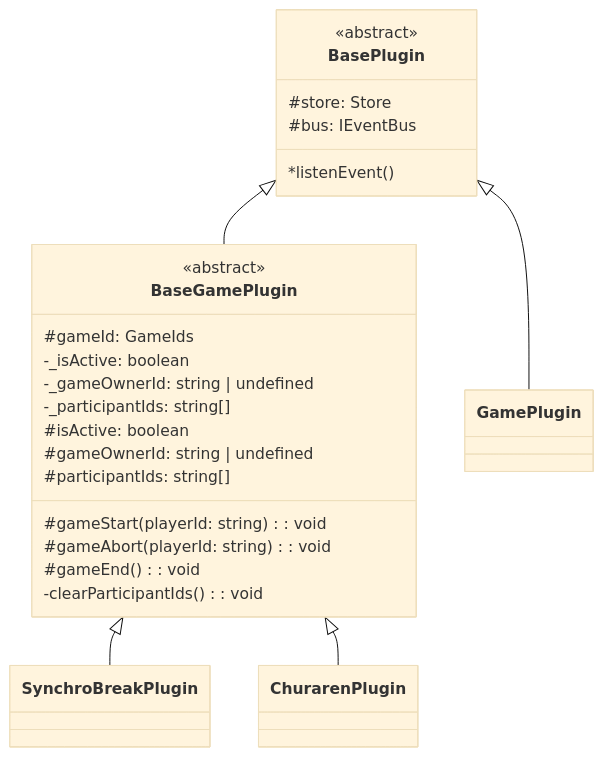
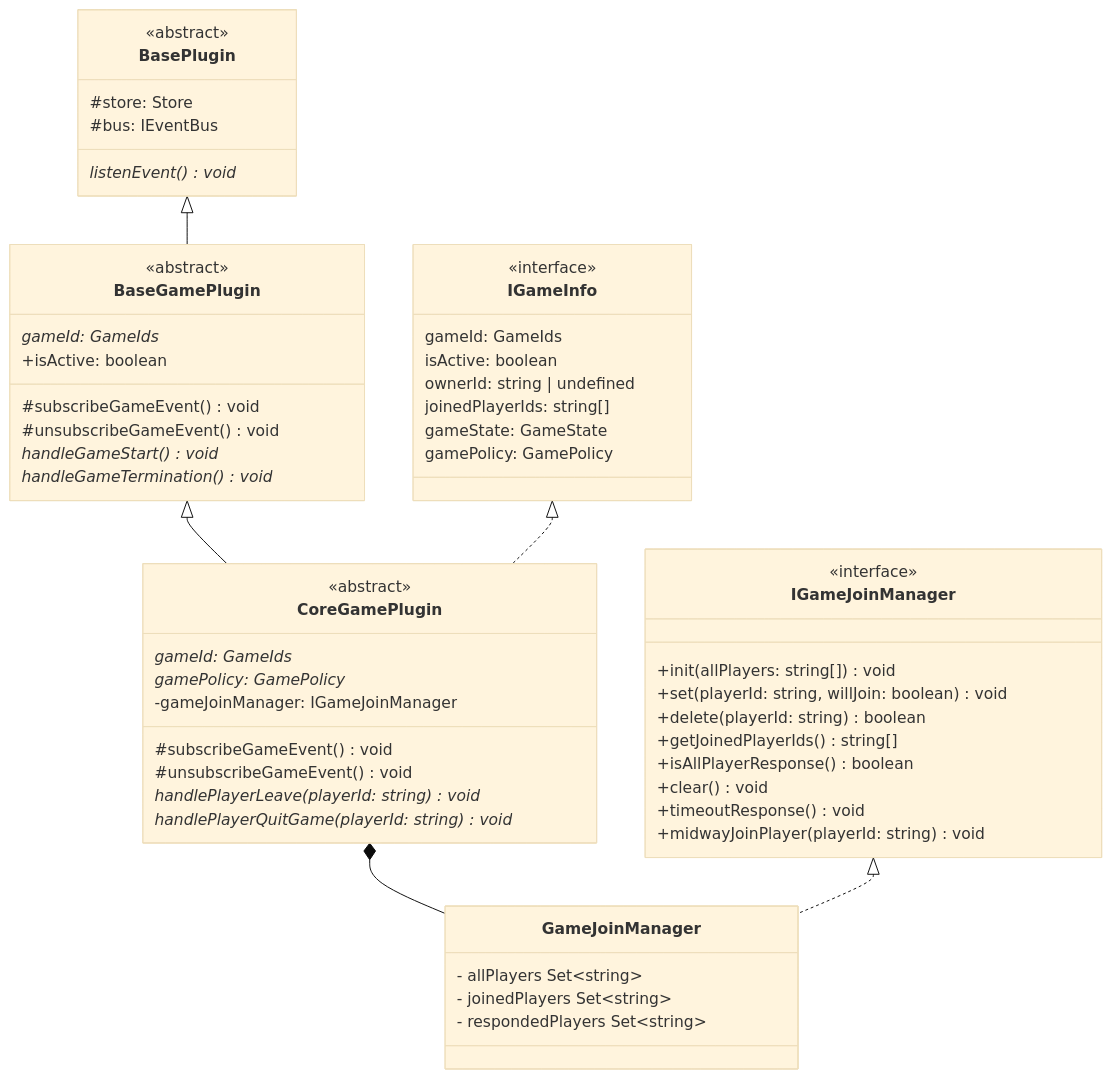
The diagram in churaverse-plugins-server/src/gamePlugin/gamePluginClass.md (churadata/churaverse-plugins), drawn with Mermaid (base theme) before and after one commit. The commit also changed other lines of this file and 3 other files, not shown here.

Commit message:
クラス図とシーケンス図の更新

````diff
--- a/churaverse-plugins-server/src/gamePlugin/gamePluginClass.md
+++ b/churaverse-plugins-server/src/gamePlugin/gamePluginClass.md
@@ -5,43 +5,68 @@
 ```mermaid
 classDiagram
     BasePlugin <|-- BaseGamePlugin
-    BasePlugin <|-- GamePlugin
-    BaseGamePlugin <|-- SynchroBreakPlugin
-    BaseGamePlugin <|-- ChurarenPlugin
+    BaseGamePlugin <|-- CoreGamePlugin
+    IGameInfo <|.. CoreGamePlugin
+    CoreGamePlugin *-- GameJoinManager
+    IGameJoinManager <|.. GameJoinManager
 
     class BasePlugin {
         <<abstract>>
         #store: Store<Scene>
         #bus: IEventBus<Scene>
 
-        *listenEvent()
+        listenEvent() void *
     }
 
-    class GamePlugin {
+    class IGameInfo {
+        <<interface>>
+        gameId: GameIds
+        isActive: boolean
+        ownerId: string | undefined
+        joinedPlayerIds: string[]
+        gameState: GameState
+        gamePolicy: GamePolicy
     }
 
     class BaseGamePlugin {
         <<abstract>>
-        #gameId: GameIds
-        -_isActive: boolean
-        -_gameOwnerId: string | undefined
-        -_participantIds: string[]
+        gameId: GameIds * 
+        +isActive: boolean
 
-        #isActive: boolean
-        #gameOwnerId: string | undefined
-        #participantIds: string[]
-
-        #gameStart(playerId: string): void
-        #gameAbort(playerId: string): void
-        #gameEnd(): void
-        -clearParticipantIds(): void
+        #subscribeGameEvent() void
+        #unsubscribeGameEvent() void
+        handleGameStart() void *
+        handleGameTermination() void *
     }
 
-    class SynchroBreakPlugin {
+    class CoreGamePlugin {
+        <<abstract>>
+        gameId: GameIds *
+        gamePolicy: GamePolicy *
+        -gameJoinManager: IGameJoinManager
 
+        #subscribeGameEvent() void
+        #unsubscribeGameEvent() void
+        handlePlayerLeave(playerId: string) void *
+        handlePlayerQuitGame(playerId: string) void *
     }
 
-    class ChurarenPlugin {
+    class GameJoinManager {
+        - allPlayers Set~string~
+        - joinedPlayers Set~string~
+        - respondedPlayers Set~string~
+    }
 
+    class IGameJoinManager {
+        <<interface>>
+        
+        +init(allPlayers: string[]) void
+        +set(playerId: string, willJoin: boolean) void
+        +delete(playerId: string) boolean
+        +getJoinedPlayerIds() string[]
+        +isAllPlayerResponse() boolean
+        +clear() void
+        +timeoutResponse() void
+        +midwayJoinPlayer(playerId: string) void
     }
 ```
````
